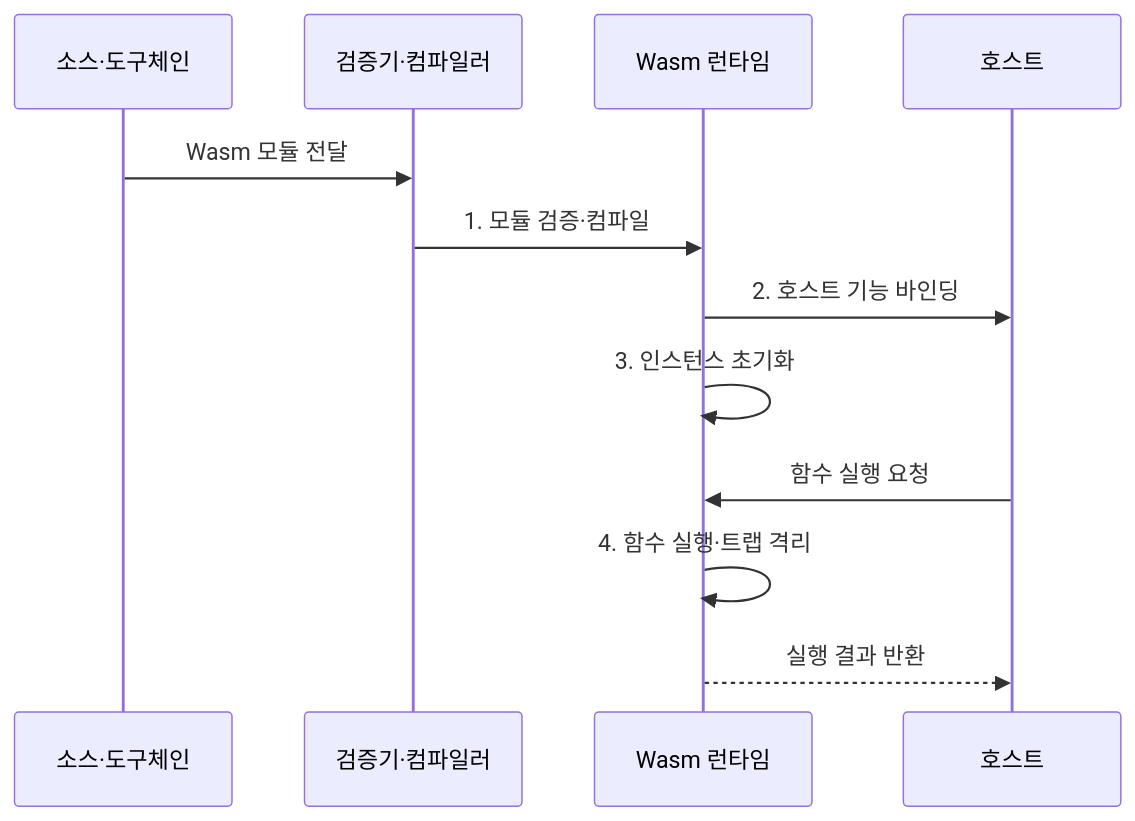
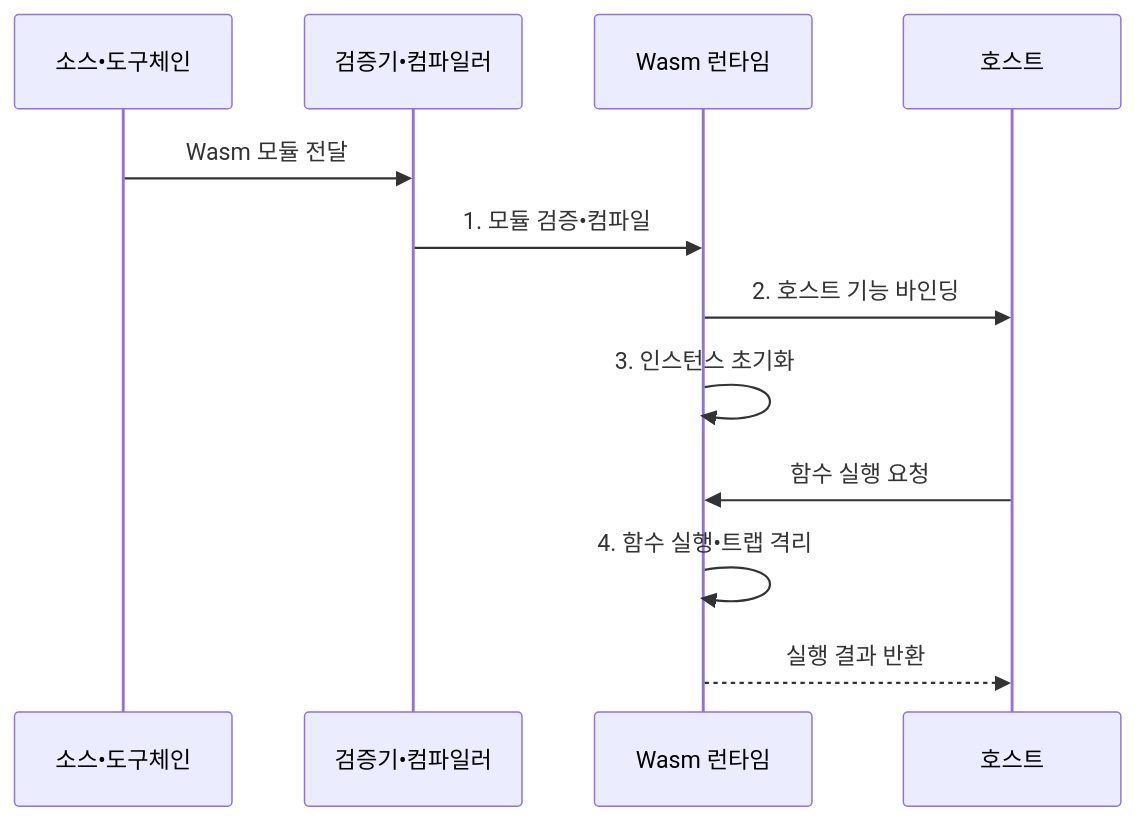
The second of 2 diagrams in src/content/docs/notes/08-latest-tech/166_webassembly.md (agnusdei1207/knowledge-base), drawn with Mermaid before and after one commit. The commit also changed other lines of this file and 953 other files, not shown here.

````diff
--- a/src/content/docs/notes/08-latest-tech/166_webassembly.md
+++ b/src/content/docs/notes/08-latest-tech/166_webassembly.md
@@ -110,14 +110,14 @@
 ```mermaid
 sequenceDiagram
-  participant S as 소스·도구체인
-  participant V as 검증기·컴파일러
+  participant S as 소스•도구체인
+  participant V as 검증기•컴파일러
   participant R as Wasm 런타임
   participant H as 호스트
   S->>V: Wasm 모듈 전달
-  V->>R: 1. 모듈 검증·컴파일
+  V->>R: 1. 모듈 검증•컴파일
   R->>H: 2. 호스트 기능 바인딩
   R->>R: 3. 인스턴스 초기화
   H->>R: 함수 실행 요청
-  R->>R: 4. 함수 실행·트랩 격리
+  R->>R: 4. 함수 실행•트랩 격리
   R-->>H: 실행 결과 반환
 ```
````
